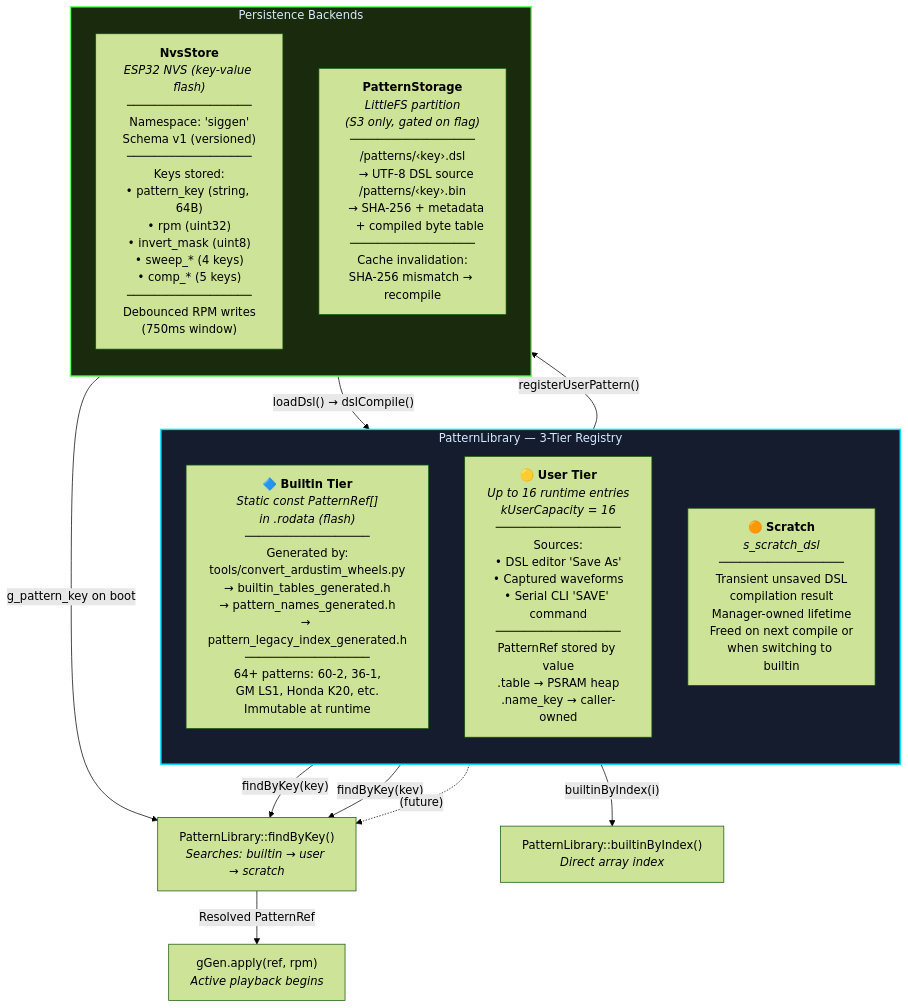
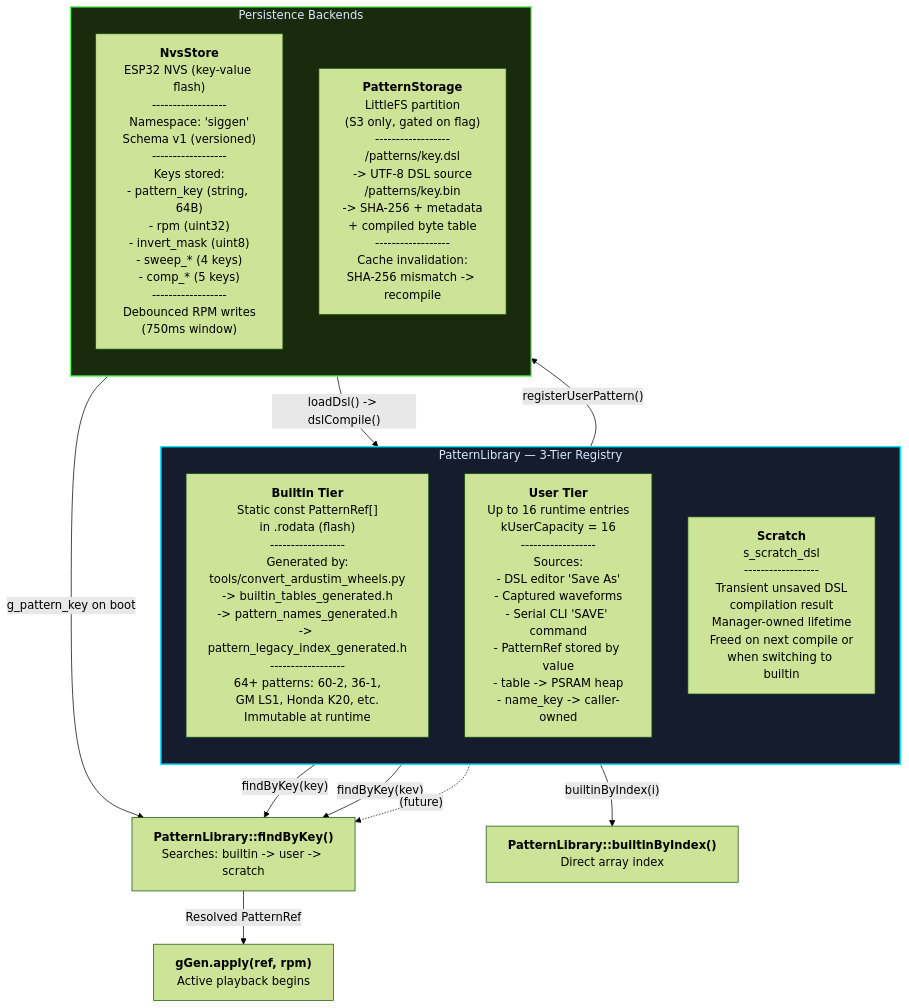
One commit to mfares-88/Signal_Generator changed the seventh of 11 diagrams in _0.Overview-Diagram/architecture_diagram.md. Above: the diagram before and after it, drawn with Mermaid (forest theme). The commit also changed other lines of this file and 3 other files, not shown here.

```diff
--- a/_0.Overview-Diagram/architecture_diagram.md
+++ b/_0.Overview-Diagram/architecture_diagram.md
@@ -362,30 +549,87 @@
     subgraph TIERS["PatternLibrary — 3-Tier Registry"]
         direction TB
 
-        BUILTIN["🔷 <b>Builtin Tier</b><br/><i>Static const PatternRef[]</i><br/><i>in .rodata (flash)</i><br/>──────────────────<br/>Generated by:<br/>tools/convert_ardustim_wheels.py<br/>→ builtin_tables_generated.h<br/>→ pattern_names_generated.h<br/>→ pattern_legacy_index_generated.h<br/>──────────────────<br/>64+ patterns: 60-2, 36-1,<br/>GM LS1, Honda K20, etc.<br/>Immutable at runtime"]
+        BUILTIN["`**Builtin Tier**
+        Static const PatternRef[]
+        in .rodata (flash)
+        ------------------
+        Generated by:
+        tools/convert_ardustim_wheels.py
+        -> builtin_tables_generated.h
+        -> pattern_names_generated.h
+        -> pattern_legacy_index_generated.h
+        ------------------
+        64+ patterns: 60-2, 36-1,
+        GM LS1, Honda K20, etc.
+        Immutable at runtime`"]
 
-        USER["🟡 <b>User Tier</b><br/><i>Up to 16 runtime entries</i><br/><i>kUserCapacity = 16</i><br/>──────────────────<br/>Sources:<br/>• DSL editor 'Save As'<br/>• Captured waveforms<br/>• Serial CLI 'SAVE' command<br/>──────────────────<br/>PatternRef stored by value<br/>.table → PSRAM heap<br/>.name_key → caller-owned"]
+        USER["`**User Tier**
+        Up to 16 runtime entries
+        kUserCapacity = 16
+        ------------------
+        Sources:
+        - DSL editor 'Save As'
+        - Captured waveforms
+        - Serial CLI 'SAVE' command
+        - PatternRef stored by value
+        - table -> PSRAM heap
+        - name_key -> caller-owned`"]
 
-        SCRATCH["🟠 <b>Scratch</b><br/><i>s_scratch_dsl</i><br/>──────────────────<br/>Transient unsaved DSL<br/>compilation result<br/>Manager-owned lifetime<br/>Freed on next compile or<br/>when switching to builtin"]
+        SCRATCH["`**Scratch**
+        s_scratch_dsl
+        ------------------
+        Transient unsaved DSL
+        compilation result
+        Manager-owned lifetime
+        Freed on next compile or
+        when switching to builtin`"]
     end
 
     subgraph PERSIST["Persistence Backends"]
         direction TB
-        NVS["<b>NvsStore</b><br/><i>ESP32 NVS (key-value flash)</i><br/>──────────────────<br/>Namespace: 'siggen'<br/>Schema v1 (versioned)<br/>──────────────────<br/>Keys stored:<br/>• pattern_key (string, 64B)<br/>• rpm (uint32)<br/>• invert_mask (uint8)<br/>• sweep_* (4 keys)<br/>• comp_* (5 keys)<br/>──────────────────<br/>Debounced RPM writes<br/>(750ms window)"]
+        NVS["`**NvsStore**
+        ESP32 NVS (key-value flash)
+        ------------------
+        Namespace: 'siggen'
+        Schema v1 (versioned)
+        ------------------
+        Keys stored:
+        - pattern_key (string, 64B)
+        - rpm (uint32)
+        - invert_mask (uint8)
+        - sweep_* (4 keys)
+        - comp_* (5 keys)
+        ------------------
+        Debounced RPM writes
+        (750ms window)`"]
 
-        LITTLEFS["<b>PatternStorage</b><br/><i>LittleFS partition</i><br/><i>(S3 only, gated on flag)</i><br/>──────────────────<br/>/patterns/‹key›.dsl<br/>  → UTF-8 DSL source<br/>/patterns/‹key›.bin<br/>  → SHA-256 + metadata<br/>    + compiled byte table<br/>──────────────────<br/>Cache invalidation:<br/>SHA-256 mismatch → recompile"]
+        LITTLEFS["`**PatternStorage**
+        LittleFS partition
+        (S3 only, gated on flag)
+        ------------------
+        /patterns/key.dsl
+          -> UTF-8 DSL source
+        /patterns/key.bin
+          -> SHA-256 + metadata
+            + compiled byte table
+        ------------------
+        Cache invalidation:
+        SHA-256 mismatch -> recompile`"]
     end
 
-    BUILTIN -->|"findByKey(key)"| LOOKUP["PatternLibrary::findByKey()<br/><i>Searches: builtin → user → scratch</i>"]
+    BUILTIN -->|"findByKey(key)"| LOOKUP["`**PatternLibrary::findByKey()**
+    Searches: builtin -> user -> scratch`"]
     USER -->|"findByKey(key)"| LOOKUP
     SCRATCH -.->|"(future)"| LOOKUP
 
-    BUILTIN -->|"builtinByIndex(i)"| INDEX["PatternLibrary::builtinByIndex()<br/><i>Direct array index</i>"]
+    BUILTIN -->|"builtinByIndex(i)"| INDEX["`**PatternLibrary::builtinByIndex()**
+    Direct array index`"]
 
     USER -->|"registerUserPattern()"| LITTLEFS
-    LITTLEFS -->|"loadDsl() → dslCompile()"| USER
+    LITTLEFS -->|"loadDsl() -> dslCompile()"| USER
 
-    LOOKUP -->|"Resolved PatternRef"| APPLY_FN["gGen.apply(ref, rpm)<br/><i>Active playback begins</i>"]
+    LOOKUP -->|"Resolved PatternRef"| APPLY_FN["`**gGen.apply(ref, rpm)**
+    Active playback begins`"]
 
     NVS -->|"g_pattern_key on boot"| LOOKUP
 
```
